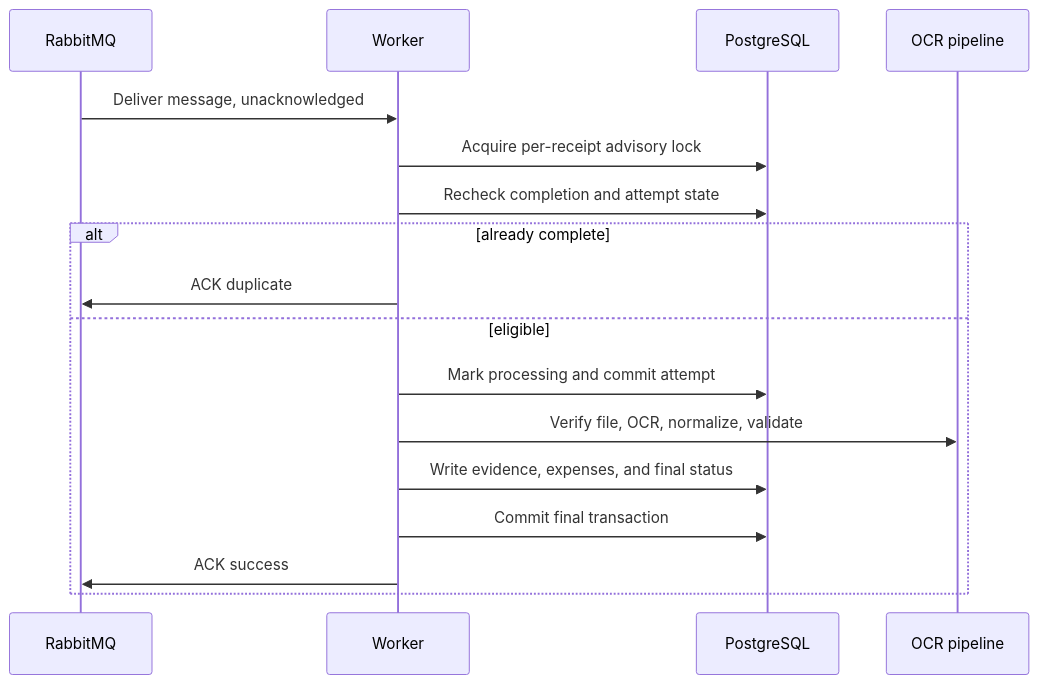
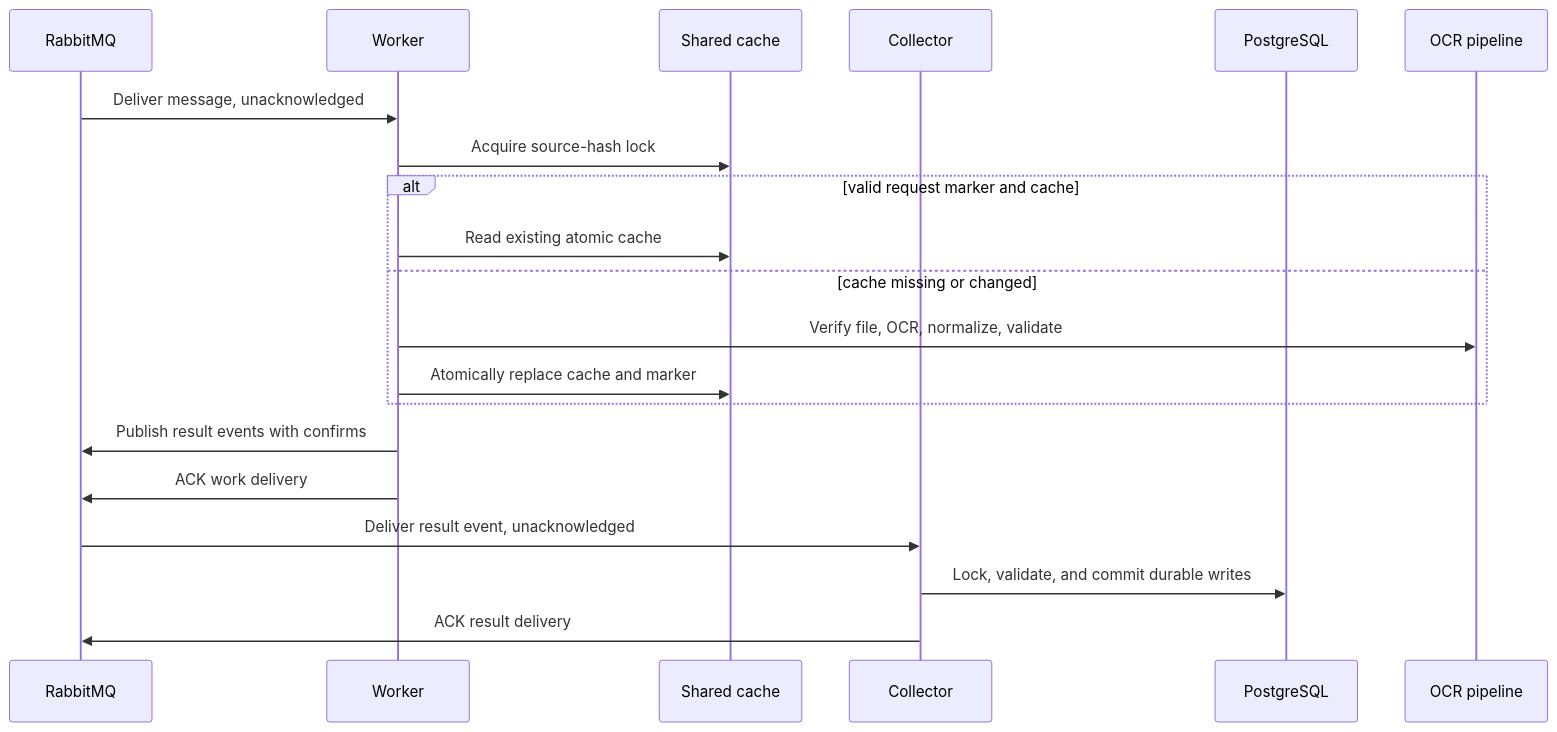
One commit to larocquemb/home-budget-pipeline changed the fourth of 5 diagrams in docs/rabbitmq-receipt-design.md. Above: the diagram before and after it, drawn with Mermaid. The commit also changed other lines of this file and 18 other files, not shown here.

````diff
--- a/docs/rabbitmq-receipt-design.md
+++ b/docs/rabbitmq-receipt-design.md
@@ -213,20 +217,23 @@
 ```mermaid
 sequenceDiagram
     participant R as RabbitMQ
     participant W as Worker
+    participant F as Shared cache
+    participant C as Collector
     participant D as PostgreSQL
     participant O as OCR pipeline
 
     R->>W: Deliver message, unacknowledged
-    W->>D: Acquire per-receipt advisory lock
-    W->>D: Recheck completion and attempt state
-    alt already complete
-        W->>R: ACK duplicate
-    else eligible
-        W->>D: Mark processing and commit attempt
+    W->>F: Acquire source-hash lock
+    alt valid request marker and cache
+        W->>F: Read existing atomic cache
+    else cache missing or changed
         W->>O: Verify file, OCR, normalize, validate
-        W->>D: Write evidence, expenses, and final status
-        W->>D: Commit final transaction
-        W->>R: ACK success
+        W->>F: Atomically replace cache and marker
     end
+    W->>R: Publish result events with confirms
+    W->>R: ACK work delivery
+    R->>C: Deliver result event, unacknowledged
+    C->>D: Lock, validate, and commit durable writes
+    C->>R: ACK result delivery
 ```
````
